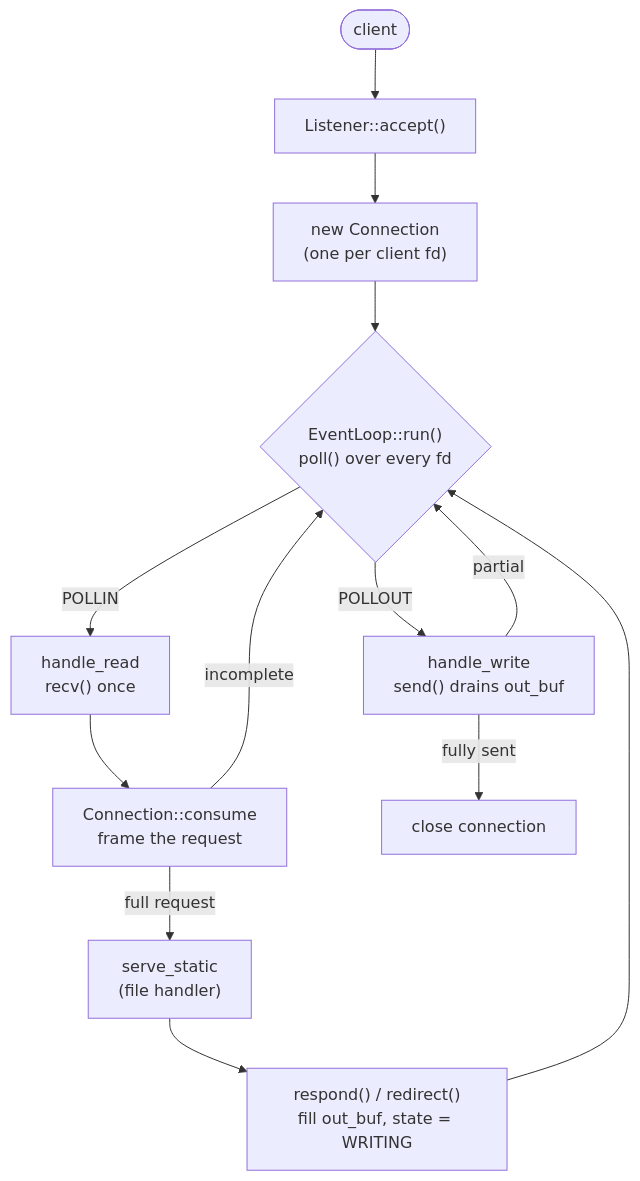
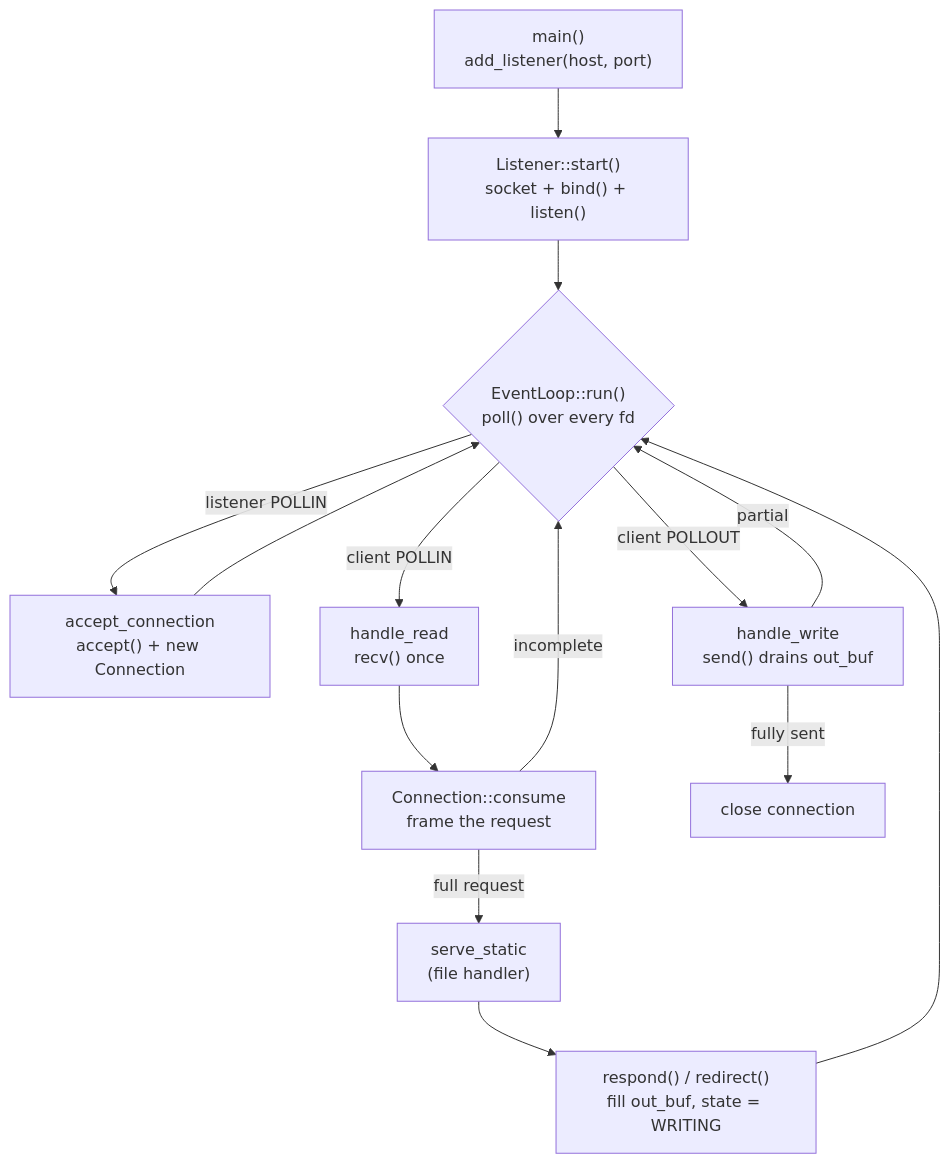
One commit to stepskop/servant changed the diagram in README.md. Above: the diagram before and after it, drawn with Mermaid.

Commit message:
docs: correct the flow chart

````diff
--- a/README.md
+++ b/README.md
@@ -27,18 +27,22 @@
 ```mermaid
 flowchart TD
-    client([client]) --> accept["Listener::accept()"]
-    accept --> conn["new Connection<br/>(one per client fd)"]
-    conn --> poll{"EventLoop::run()<br/>poll() over every fd"}
+    boot["main()<br/>add_listener(host, port)"] --> listen["Listener::start()<br/>socket + bind() + listen()"]
+    listen --> poll
 
-    poll -- POLLIN --> read["handle_read<br/>recv() once"]
-    poll -- POLLOUT --> write["handle_write<br/>send() drains out_buf"]
+    poll{"EventLoop::run()<br/>poll() over every fd"}
+
+    poll -- "listener POLLIN" --> accept["accept_connection<br/>accept() + new Connection"]
+    accept --> poll
+
+    poll -- "client POLLIN" --> read["handle_read<br/>recv() once"]
+    poll -- "client POLLOUT" --> write["handle_write<br/>send() drains out_buf"]
 
     read --> consume["Connection::consume<br/>frame the request"]
     consume -- "incomplete" --> poll
     consume -- "full request" --> serve["serve_static<br/>(file handler)"]
     serve --> respond["respond() / redirect()<br/>fill out_buf, state = WRITING"]
     respond --> poll
 
     write -- "partial" --> poll
     write -- "fully sent" --> close["close connection"]
 ```
````
